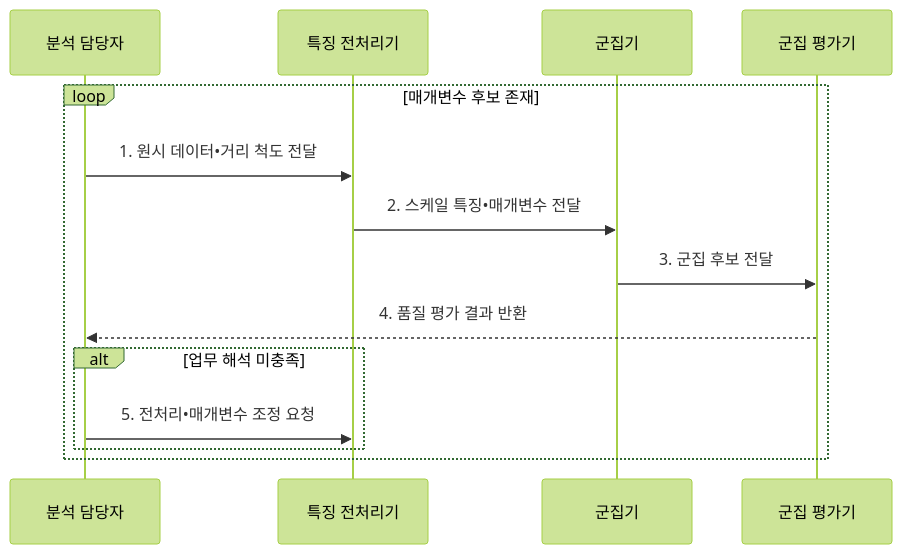
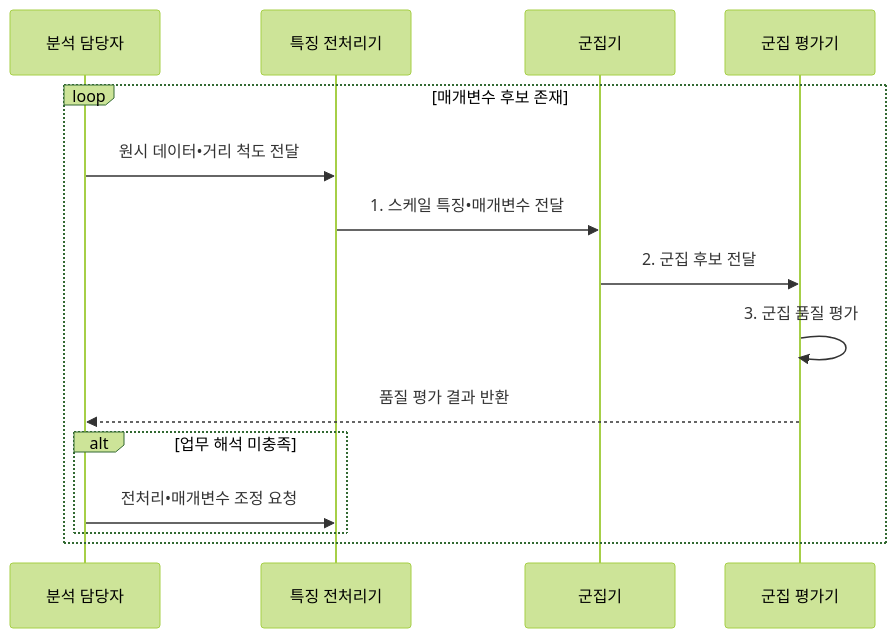
One commit to agnusdei1207/knowledge-base changed the second of 2 diagrams in src/content/docs/notes/01-basic-theory/035_clustering.md. Above: the diagram before and after it, drawn with Mermaid (forest theme). The commit also changed other lines of this file and 20 other files, not shown here.

````diff
--- a/src/content/docs/notes/01-basic-theory/035_clustering.md
+++ b/src/content/docs/notes/01-basic-theory/035_clustering.md
@@ -86,16 +86,17 @@
 ```mermaid
 sequenceDiagram
     participant A as 분석 담당자
     participant P as 특징 전처리기
     participant C as 군집기
     participant E as 군집 평가기
     loop 매개변수 후보 존재
-        A->>P: 1. 원시 데이터•거리 척도 전달
-        P->>C: 2. 스케일 특징•매개변수 전달
-        C->>E: 3. 군집 후보 전달
-        E-->>A: 4. 품질 평가 결과 반환
+        A->>P: 원시 데이터•거리 척도 전달
+        P->>C: 1. 스케일 특징•매개변수 전달
+        C->>E: 2. 군집 후보 전달
+        E->>E: 3. 군집 품질 평가
+        E-->>A: 품질 평가 결과 반환
         alt 업무 해석 미충족
-            A->>P: 5. 전처리•매개변수 조정 요청
+            A->>P: 전처리•매개변수 조정 요청
         end
     end
 ```
````
